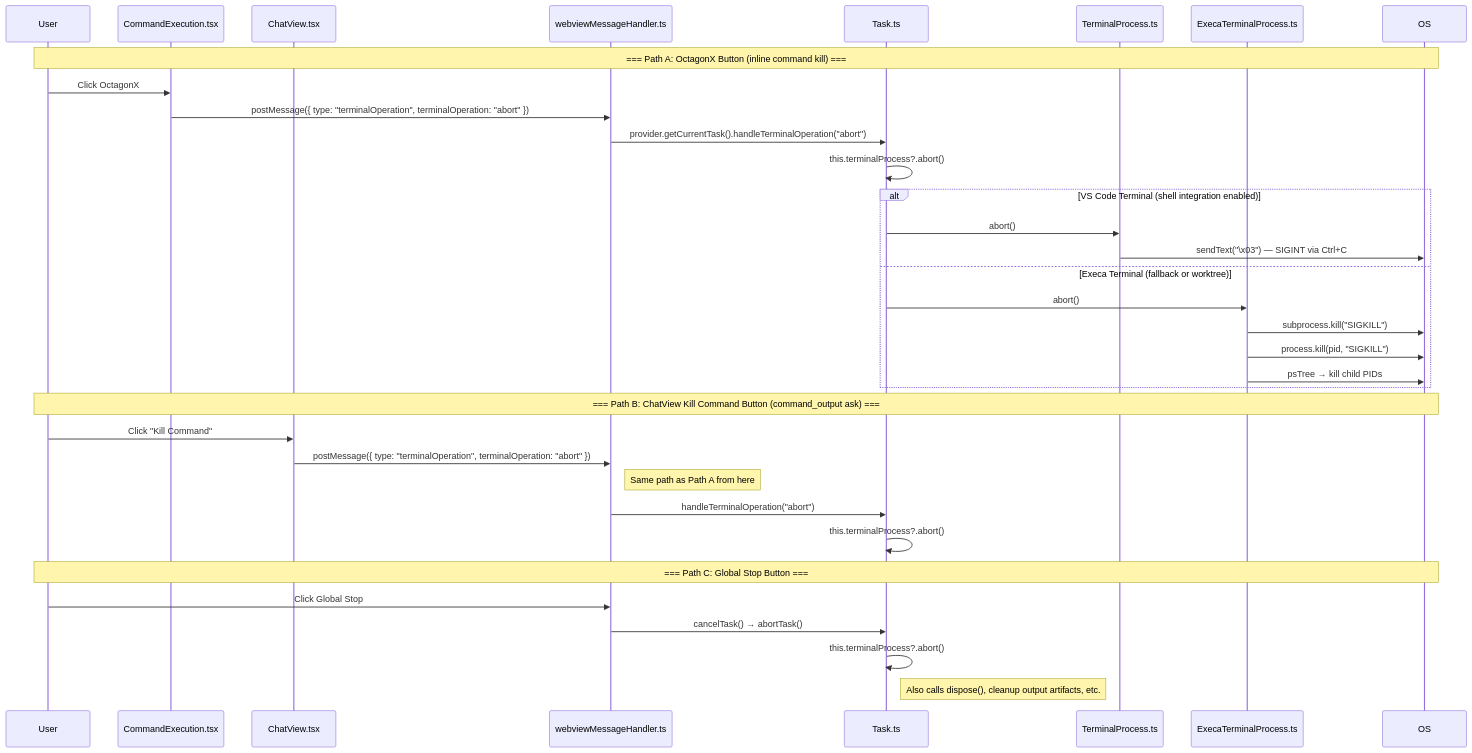
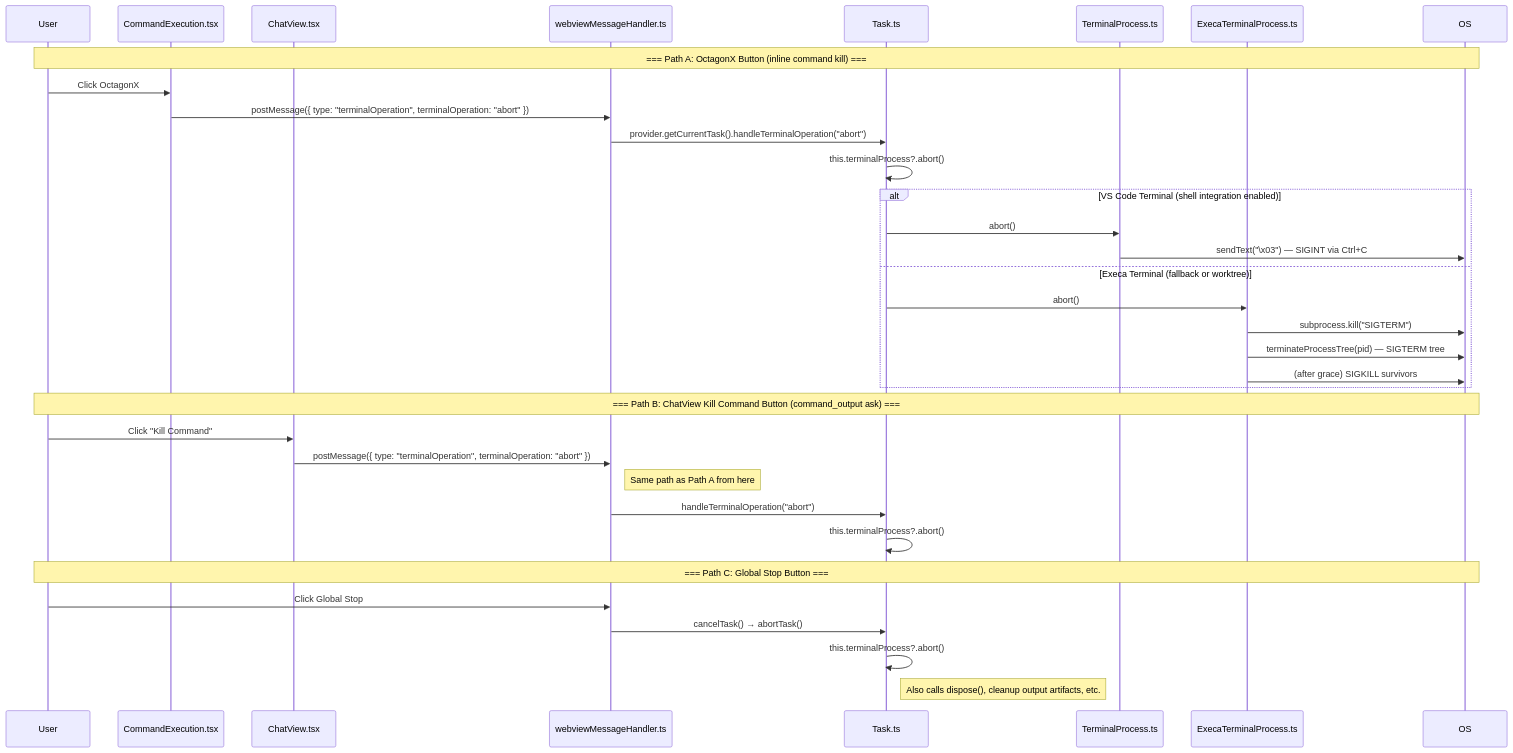
Before and after one commit to shofer-dev/shofer: the diagram in docs/command-termination-design.md, drawn with Mermaid. The commit also changed other lines of this file and 4 other files, not shown here.

First line of the commit message:
feat(terminal): SIGTERM->SIGKILL process-tree termination (§6)

````diff
--- a/docs/command-termination-design.md
+++ b/docs/command-termination-design.md
@@ -41,40 +41,40 @@
 ```mermaid
 sequenceDiagram
     participant User
     participant CommandExecution as CommandExecution.tsx
     participant ChatView as ChatView.tsx
     participant MessageHandler as webviewMessageHandler.ts
     participant Task as Task.ts
     participant TerminalProcess as TerminalProcess.ts
     participant ExecaProcess as ExecaTerminalProcess.ts
     participant OS
 
     Note over User, OS: === Path A: OctagonX Button (inline command kill) ===
     User->>CommandExecution: Click OctagonX
     CommandExecution->>MessageHandler: postMessage({ type: "terminalOperation", terminalOperation: "abort" })
     MessageHandler->>Task: provider.getCurrentTask().handleTerminalOperation("abort")
     Task->>Task: this.terminalProcess?.abort()
 
     alt VS Code Terminal (shell integration enabled)
         Task->>TerminalProcess: abort()
         TerminalProcess->>OS: sendText("\x03") — SIGINT via Ctrl+C
     else Execa Terminal (fallback or worktree)
         Task->>ExecaProcess: abort()
-        ExecaProcess->>OS: subprocess.kill("SIGKILL")
-        ExecaProcess->>OS: process.kill(pid, "SIGKILL")
-        ExecaProcess->>OS: psTree → kill child PIDs
+        ExecaProcess->>OS: subprocess.kill("SIGTERM")
+        ExecaProcess->>OS: terminateProcessTree(pid) — SIGTERM tree
+        ExecaProcess->>OS: (after grace) SIGKILL survivors
     end
 
     Note over User, OS: === Path B: ChatView Kill Command Button (command_output ask) ===
     User->>ChatView: Click "Kill Command"
     ChatView->>MessageHandler: postMessage({ type: "terminalOperation", terminalOperation: "abort" })
     Note right of MessageHandler: Same path as Path A from here
     MessageHandler->>Task: handleTerminalOperation("abort")
     Task->>Task: this.terminalProcess?.abort()
 
     Note over User, OS: === Path C: Global Stop Button ===
     User->>MessageHandler: Click Global Stop
     MessageHandler->>Task: cancelTask() → abortTask()
     Task->>Task: this.terminalProcess?.abort()
     Note right of Task: Also calls dispose(), cleanup output artifacts, etc.
 ```
````
